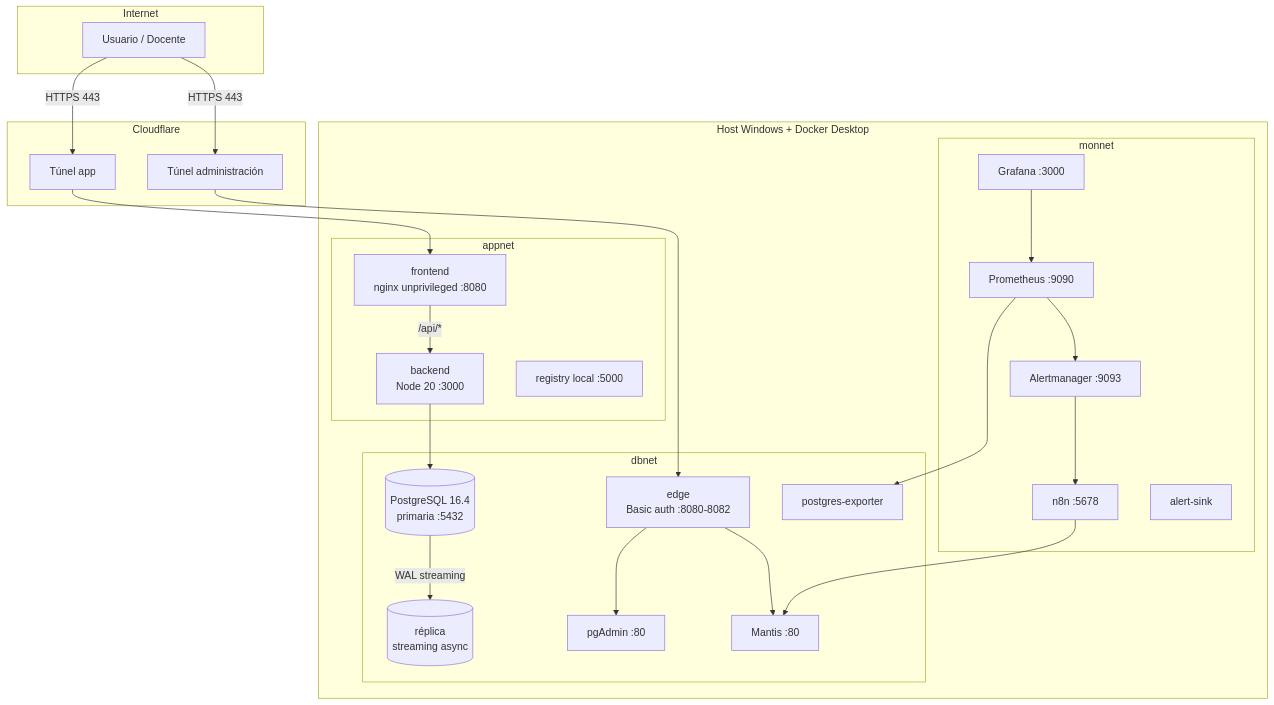
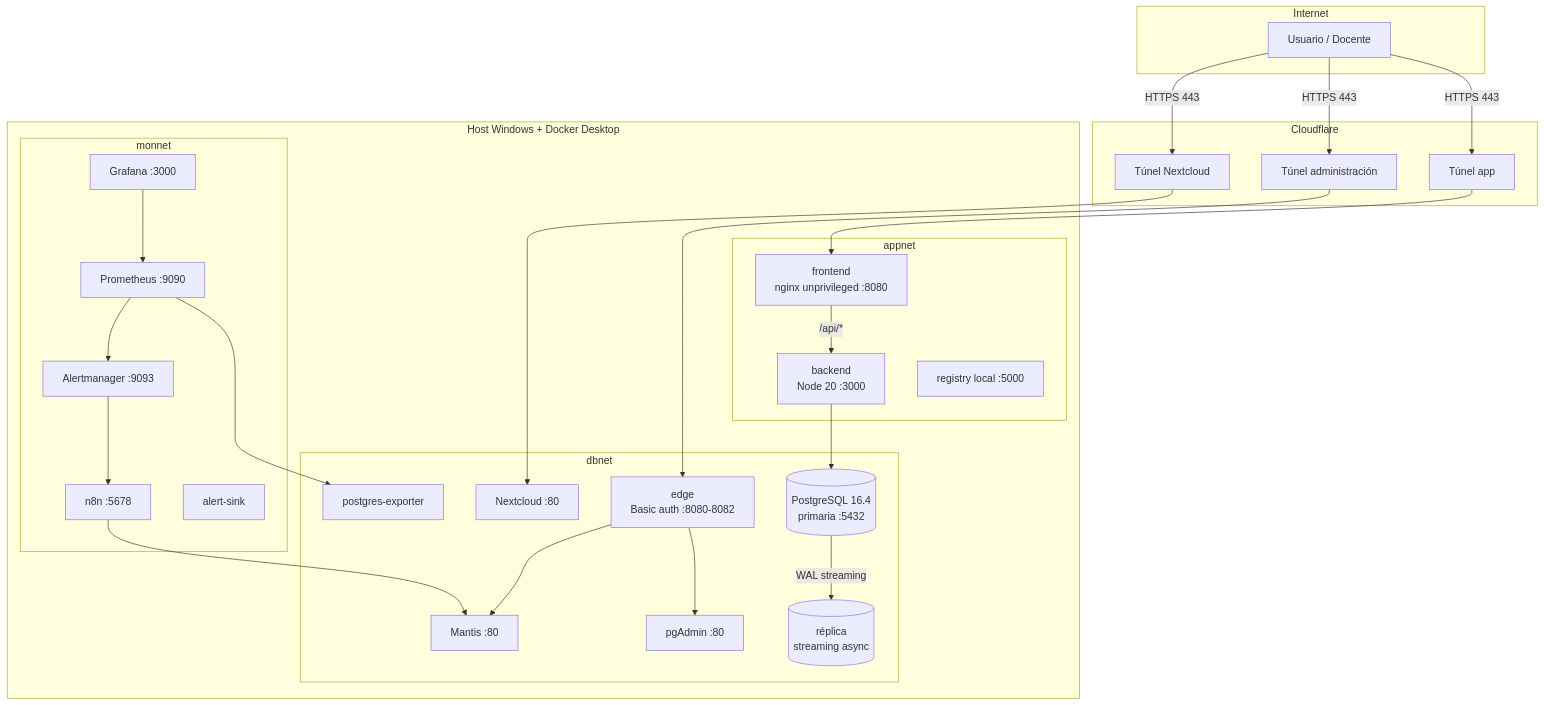
One commit to TomasGudi/HIA-2026 changed the first of 6 diagrams in docs/informe-consolidado.md. Above: the diagram before and after it, drawn with Mermaid. The commit also changed other lines of this file and 23 other files, not shown here.

````diff
--- a/docs/informe-consolidado.md
+++ b/docs/informe-consolidado.md
@@ -99,49 +99,52 @@
 ```mermaid
 flowchart TB
     subgraph INET[Internet]
         U[Usuario / Docente]
     end
 
     subgraph CF[Cloudflare]
         T1[Túnel app]
         T2[Túnel administración]
+        T3[Túnel Nextcloud]
     end
 
     subgraph HOST[Host Windows + Docker Desktop]
 
         subgraph APPNET[appnet]
             FE["frontend<br/>nginx unprivileged :8080"]
             BE["backend<br/>Node 20 :3000"]
             REG[registry local :5000]
         end
 
         subgraph DBNET[dbnet]
             PG[("PostgreSQL 16.4<br/>primaria :5432")]
             PGR[("réplica<br/>streaming async")]
             PGA[pgAdmin :80]
             MAN[Mantis :80]
             EDGE["edge<br/>Basic auth :8080-8082"]
             PGE[postgres-exporter]
+            NC["Nextcloud :80"]
         end
 
         subgraph MONNET[monnet]
             PROM[Prometheus :9090]
             AM[Alertmanager :9093]
             GRAF[Grafana :3000]
             N8N[n8n :5678]
             SINK[alert-sink]
         end
     end
 
     U -->|HTTPS 443| T1 --> FE
     U -->|HTTPS 443| T2 --> EDGE
+    U -->|HTTPS 443| T3 --> NC
     EDGE --> PGA
     EDGE --> MAN
     FE -->|"/api/*"| BE
     BE --> PG
     PG -->|"WAL streaming"| PGR
     PROM --> PGE
     PROM --> AM --> N8N
     N8N --> MAN
     GRAF --> PROM
 ```
````
